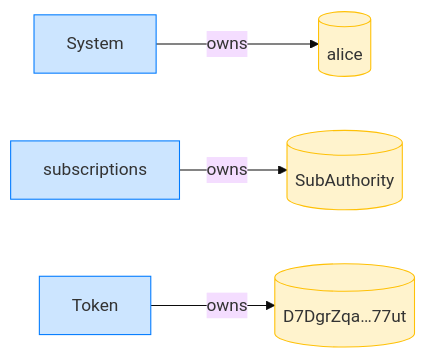
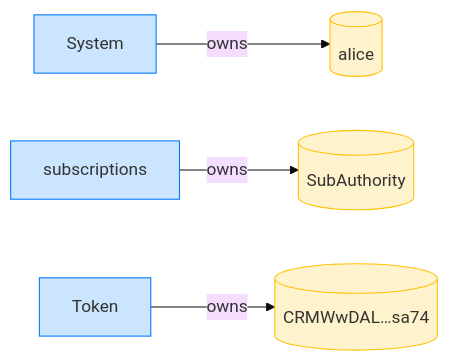
One commit to cds-rs/subscriptions changed the fourth of 12 diagrams in dsl_tests/mallory-cannot-revoke-a-sponsor-funded-subscription.md. Above: the diagram before and after it, drawn with Mermaid (base theme). The commit also changed other lines of this file and 224 other files, not shown here.

````diff
--- a/dsl_tests/mallory-cannot-revoke-a-sponsor-funded-subscription.md
+++ b/dsl_tests/mallory-cannot-revoke-a-sponsor-funded-subscription.md
@@ -73,14 +78,14 @@
 ```mermaid
 flowchart LR
     classDef owner fill:#cce5ff,stroke:#007bff;
     classDef account fill:#fff3cd,stroke:#ffc107;
     System[System]:::owner
     alice[(alice)]:::account
     subscriptions[subscriptions]:::owner
     SubAuthority[(SubAuthority)]:::account
     Token[Token]:::owner
-    D7DgrZqa_77ut[("D7DgrZqa…77ut")]:::account
+    CRMWwDAL_sa74[("CRMWwDAL…sa74")]:::account
     System -->|owns| alice
     subscriptions -->|owns| SubAuthority
-    Token -->|owns| D7DgrZqa_77ut
+    Token -->|owns| CRMWwDAL_sa74
 ```
````
